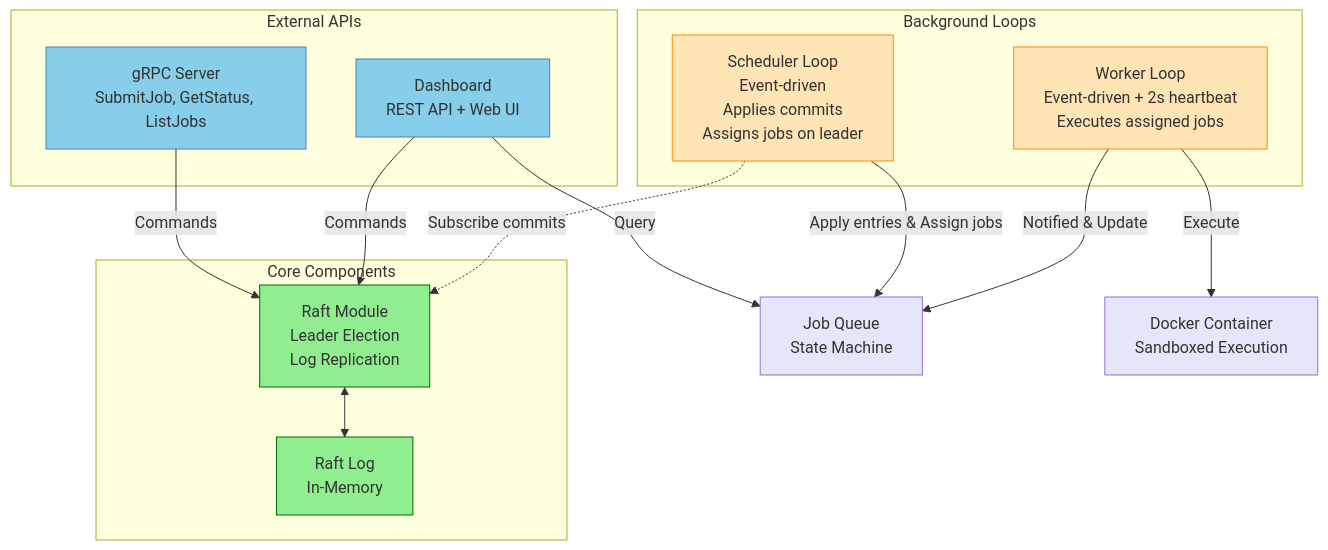
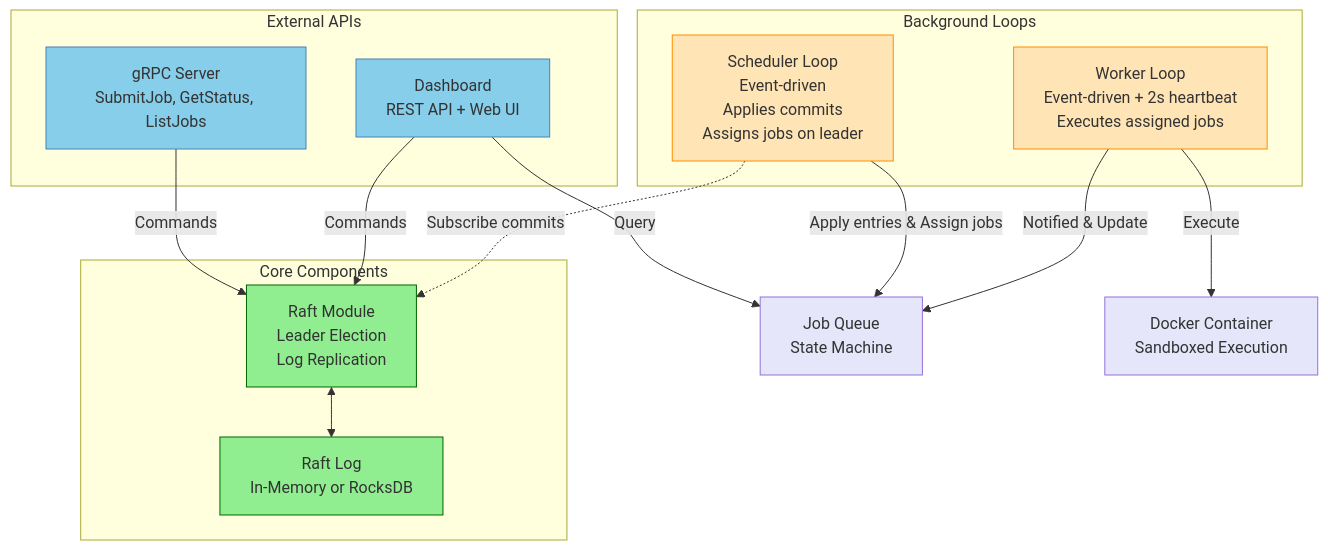
One commit to ngaddam369/nomad-lite changed the second of 3 diagrams in docs/src/architecture.md. Above: the diagram before and after it, drawn with Mermaid. The commit also changed 21 other files, not shown here.

````diff
--- a/docs/src/architecture.md
+++ b/docs/src/architecture.md
@@ -45,44 +45,44 @@
 ```mermaid
 graph TB
     subgraph External[External APIs]
         GRPC[gRPC Server<br/>SubmitJob, GetStatus, ListJobs]
         DASH[Dashboard<br/>REST API + Web UI]
     end
 
     subgraph Core[Core Components]
         RAFT[Raft Module<br/>Leader Election<br/>Log Replication]
-        LOG[Raft Log<br/>In-Memory]
+        LOG[Raft Log<br/>In-Memory or RocksDB]
     end
 
     subgraph Loops[Background Loops]
         SCHED[Scheduler Loop<br/>Event-driven<br/>Applies commits<br/>Assigns jobs on leader]
         WORKER[Worker Loop<br/>Event-driven + 2s heartbeat<br/>Executes assigned jobs]
     end
 
     QUEUE[Job Queue<br/>State Machine]
     DOCKER[Docker Container<br/>Sandboxed Execution]
 
     %% External to Core
     GRPC -->|Commands| RAFT
     DASH -->|Commands| RAFT
     DASH -->|Query| QUEUE
 
     %% Core
     RAFT <--> LOG
 
     %% Loops subscribe/interact
     SCHED -.->|Subscribe commits| RAFT
     SCHED -->|Apply entries & Assign jobs| QUEUE
     WORKER -->|Notified & Update| QUEUE
     WORKER -->|Execute| DOCKER
 
     classDef api fill:#87CEEB,stroke:#4682B4
     classDef core fill:#90EE90,stroke:#006400
     classDef loop fill:#FFE4B5,stroke:#FF8C00
     classDef state fill:#E6E6FA,stroke:#9370DB
 
     class GRPC,DASH api
     class RAFT,LOG core
     class SCHED,WORKER loop
     class QUEUE,DOCKER state
 ```
````
